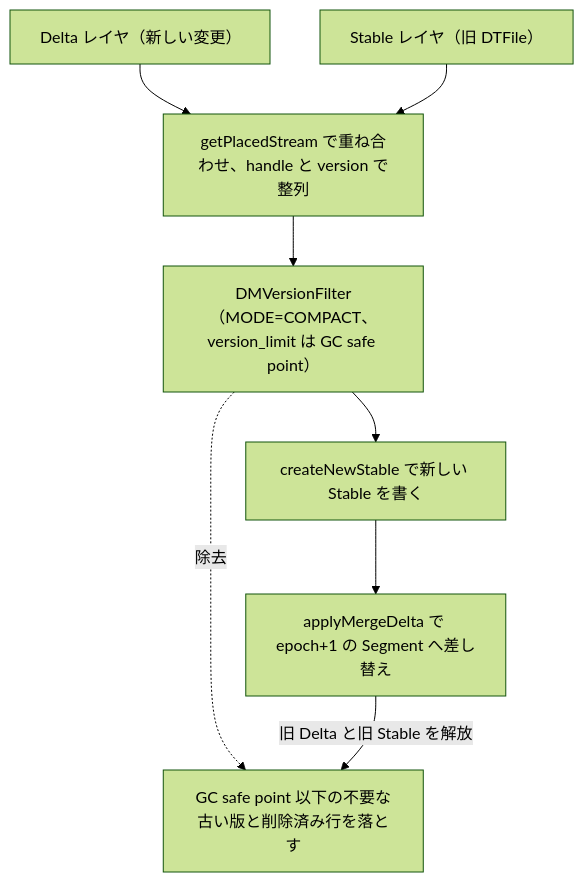
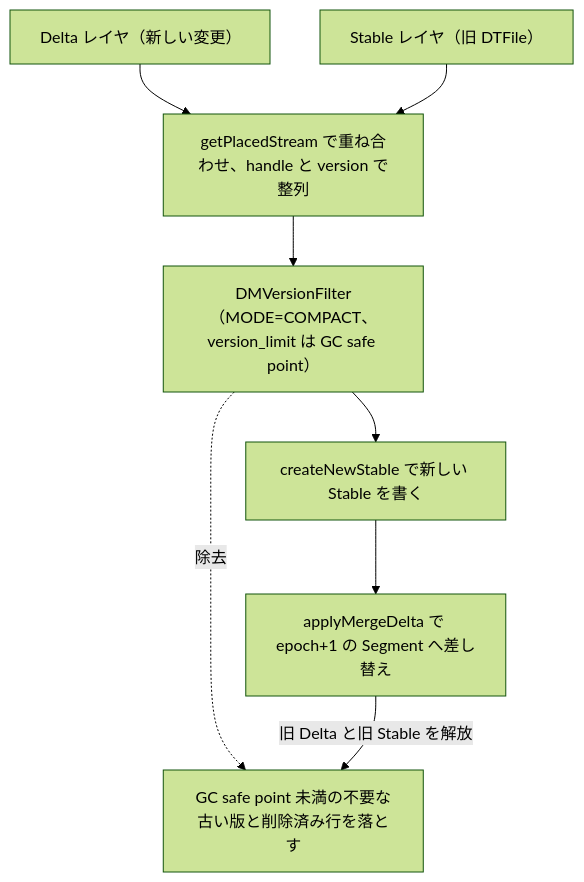
One commit to miyamadoKL/source-code-reading changed the diagram in tidb/tiflash/part01-deltatree/09-delta-merge-and-mvcc.md. Above: the diagram before and after it, drawn with Mermaid (forest theme). The commit also changed other lines of this file and 3 other files, not shown here.

````diff
--- a/tidb/tiflash/part01-deltatree/09-delta-merge-and-mvcc.md
+++ b/tidb/tiflash/part01-deltatree/09-delta-merge-and-mvcc.md
@@ -267,18 +267,18 @@
 ```mermaid
 flowchart TD
     delta["Delta レイヤ（新しい変更）"]
     stable["Stable レイヤ（旧 DTFile）"]
     placed["getPlacedStream で重ね合わせ、handle と version で整列"]
     vfilter["DMVersionFilter（MODE=COMPACT、version_limit は GC safe point）"]
     newstable["createNewStable で新しい Stable を書く"]
     apply["applyMergeDelta で epoch+1 の Segment へ差し替え"]
-    drop["GC safe point 以下の不要な古い版と削除済み行を落とす"]
+    drop["GC safe point 未満の不要な古い版と削除済み行を落とす"]
 
     delta --> placed
     stable --> placed
     placed --> vfilter
     vfilter --> newstable
     vfilter -.->|"除去"| drop
     newstable --> apply
     apply -->|"旧 Delta と旧 Stable を解放"| drop
 ```
````
